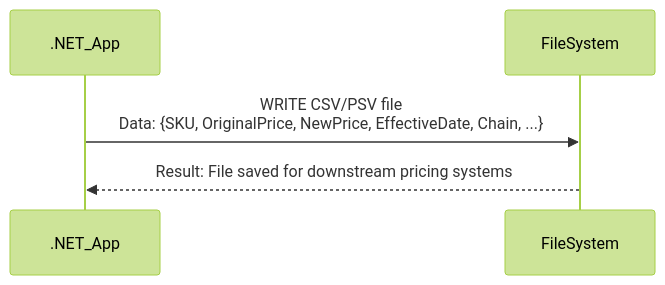
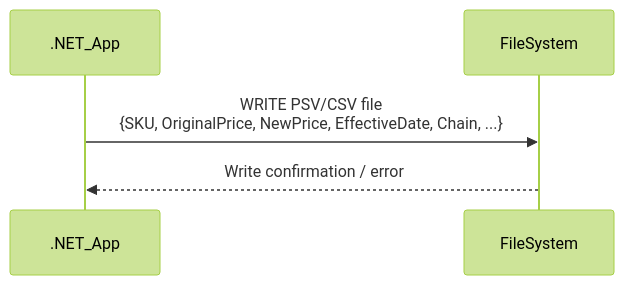
One commit to saniyakapur39/shopping-cart-app-inputs-outputs changed the fourth of 4 diagrams in README.md. Above: the diagram before and after it, drawn with Mermaid (forest theme). The commit also changed other lines of this file, not shown here.

````diff
--- a/README.md
+++ b/README.md
@@ -167,7 +181,7 @@
 ```mermaid
 sequenceDiagram
 participant .NET_App
 participant FileSystem
-.NET_App->>FileSystem: WRITE CSV/PSV file<br/>Data: {SKU, OriginalPrice, NewPrice, EffectiveDate, Chain, ...}
-FileSystem-->>.NET_App: Result: File saved for downstream pricing systems
+.NET_App->>FileSystem: WRITE PSV/CSV file<br/>{SKU, OriginalPrice, NewPrice, EffectiveDate, Chain, ...}
+FileSystem-->>.NET_App: Write confirmation / error
 ```
````
